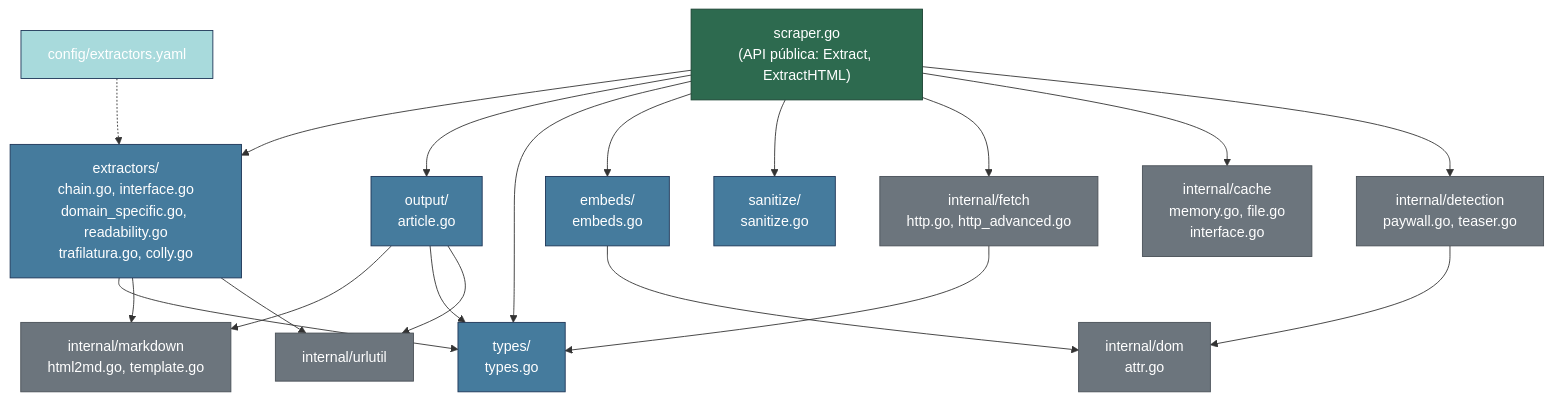
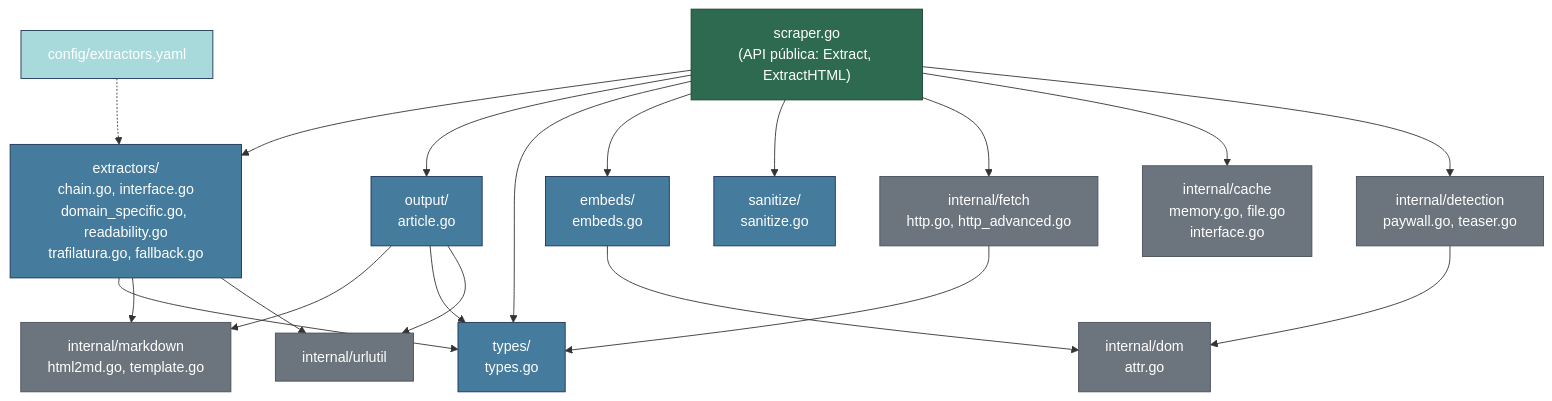
One commit to aluknot/scraper-lib changed the sixth of 7 diagrams in docs/diagrams.md. Above: the diagram before and after it, drawn with Mermaid. The commit also changed other lines of this file and 7 other files, not shown here.

First line of the commit message:
docs: update all colly references to fallback in documentation

````diff
--- a/docs/diagrams.md
+++ b/docs/diagrams.md
@@ -170,37 +170,37 @@
 ```mermaid
 flowchart TD
     scraper["scraper.go\n(API pública: Extract, ExtractHTML)"]
 
     %% Paquetes públicos (exportados)
-    scraper --> extractors["extractors/\nchain.go, interface.go\ndomain_specific.go, readability.go\ntrafilatura.go, colly.go"]
+    scraper --> extractors["extractors/\nchain.go, interface.go\ndomain_specific.go, readability.go\ntrafilatura.go, fallback.go"]
     scraper --> output["output/\narticle.go"]
     scraper --> types["types/\ntypes.go"]
     scraper --> embeds["embeds/\nembeds.go"]
     scraper --> sanitize["sanitize/\nsanitize.go"]
 
     %% Paquetes internos
     scraper --> fetch["internal/fetch\nhttp.go, http_advanced.go"]
     scraper --> cache["internal/cache\nmemory.go, file.go\ninterface.go"]
     scraper --> detection["internal/detection\npaywall.go, teaser.go"]
 
     extractors --> types
     output --> markdown["internal/markdown\nhtml2md.go, template.go"]
     output --> types
     embeds --> dom["internal/dom\nattr.go"]
     extractors --> markdown
     extractors --> urlutil["internal/urlutil"]
     output --> urlutil
     fetch --> types
     detection --> dom
 
     config["config/extractors.yaml"] -.-> extractors
 
     classDef root fill:#2d6a4f,stroke:#1b4332,color:#fff
     classDef pub fill:#457b9d,stroke:#1d3557,color:#fff
     classDef internal fill:#6c757d,stroke:#495057,color:#fff
     classDef data fill:#a8dadc,stroke:#1d3557
     class scraper root
     class extractors,output,types,embeds,sanitize pub
     class fetch,cache,detection,markdown,dom,urlutil internal
     class config data
 ```
````
